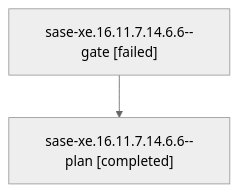
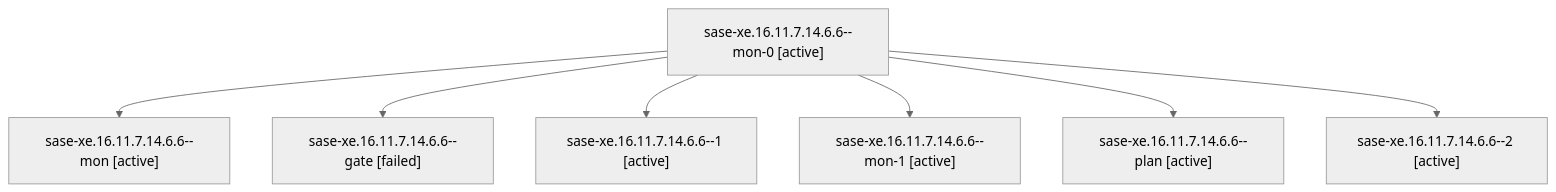
Before and after one commit to sase-org/sase--agents: the diagram in families/bbugyi200.athena.sase-xe.16.11.7.14.6.6.md, drawn with Mermaid (neutral theme). The commit also changed other lines of this file and 35830 other files, not shown here.

````diff
--- a/families/bbugyi200.athena.sase-xe.16.11.7.14.6.6.md
+++ b/families/bbugyi200.athena.sase-xe.16.11.7.14.6.6.md
@@ -9,6 +9,16 @@
 ```mermaid
 flowchart TD
-  n0["sase-xe.16.11.7.14.6.6--gate [failed]"]
-  n1["sase-xe.16.11.7.14.6.6--plan [completed]"]
+  n0["sase-xe.16.11.7.14.6.6--mon-0 [active]"]
+  n1["sase-xe.16.11.7.14.6.6--mon [active]"]
   n0 --> n1
+  n2["sase-xe.16.11.7.14.6.6--gate [failed]"]
+  n0 --> n2
+  n3["sase-xe.16.11.7.14.6.6--1 [active]"]
+  n0 --> n3
+  n4["sase-xe.16.11.7.14.6.6--mon-1 [active]"]
+  n0 --> n4
+  n5["sase-xe.16.11.7.14.6.6--plan [active]"]
+  n0 --> n5
+  n6["sase-xe.16.11.7.14.6.6--2 [active]"]
+  n0 --> n6
 ```
````
